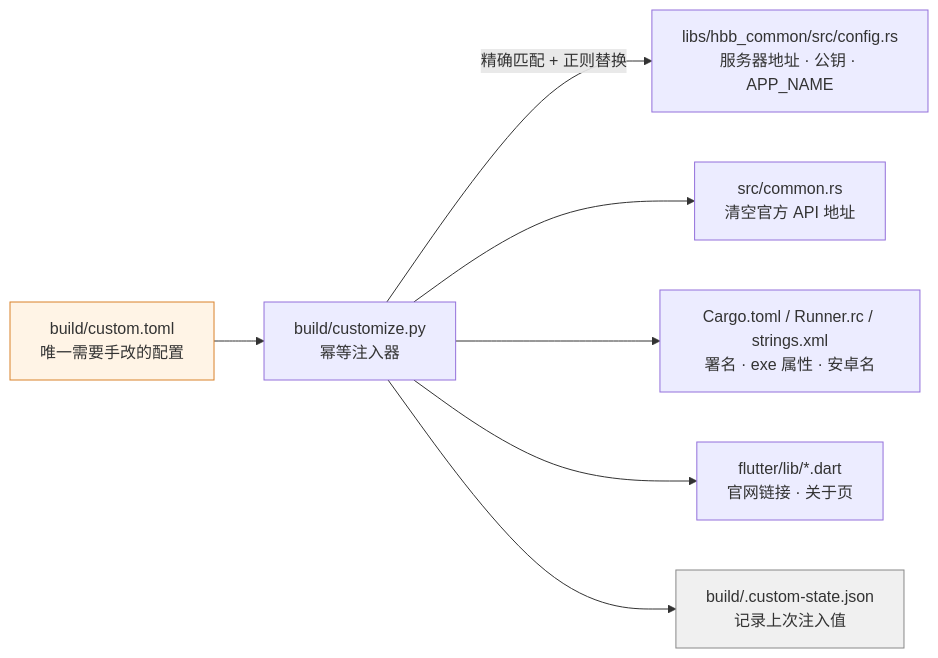
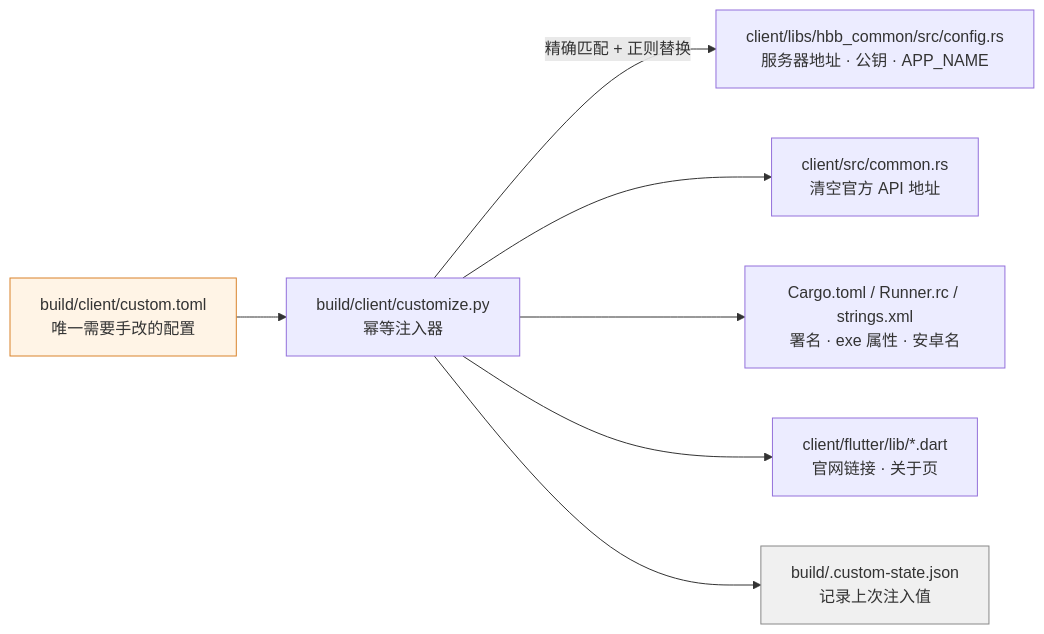
Before and after one commit to liaozhimingandy/wedesk: the fourth of 4 diagrams in docs/01-architecture.md, drawn with Mermaid. The commit also changed other lines of this file and 17 other files, not shown here.

````diff
--- a/docs/01-architecture.md
+++ b/docs/01-architecture.md
@@ -210,12 +210,12 @@
 ```mermaid
 flowchart LR
-    T["build/custom.toml<br/>唯一需要手改的配置"] --> P["build/customize.py<br/>幂等注入器"]
-    P -->|"精确匹配 + 正则替换"| F1["libs/hbb_common/src/config.rs<br/>服务器地址 · 公钥 · APP_NAME"]
-    P --> F2["src/common.rs<br/>清空官方 API 地址"]
+    T["build/client/custom.toml<br/>唯一需要手改的配置"] --> P["build/client/customize.py<br/>幂等注入器"]
+    P -->|"精确匹配 + 正则替换"| F1["client/libs/hbb_common/src/config.rs<br/>服务器地址 · 公钥 · APP_NAME"]
+    P --> F2["client/src/common.rs<br/>清空官方 API 地址"]
     P --> F3["Cargo.toml / Runner.rc / strings.xml<br/>署名 · exe 属性 · 安卓名"]
-    P --> F4["flutter/lib/*.dart<br/>官网链接 · 关于页"]
+    P --> F4["client/flutter/lib/*.dart<br/>官网链接 · 关于页"]
     P --> S["build/.custom-state.json<br/>记录上次注入值"]
 
     style T fill:#fff4e6,stroke:#d9822b
     style S fill:#f0f0f0,stroke:#888
 ```
````
